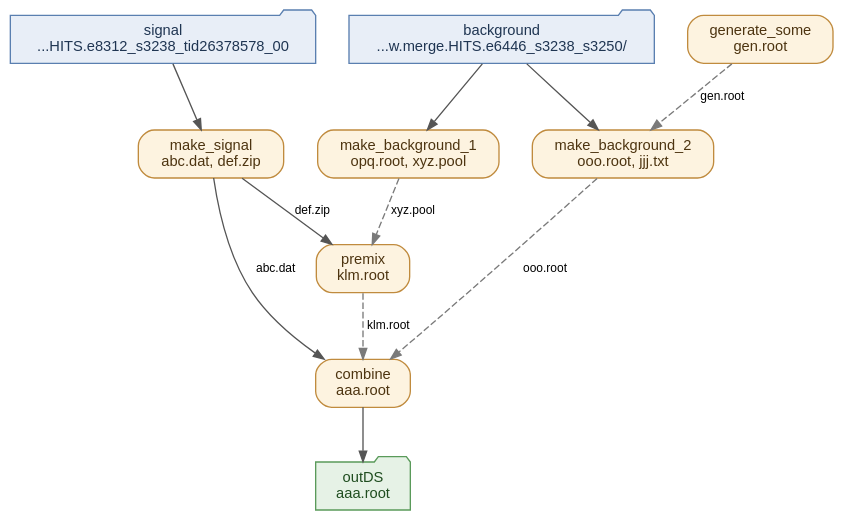
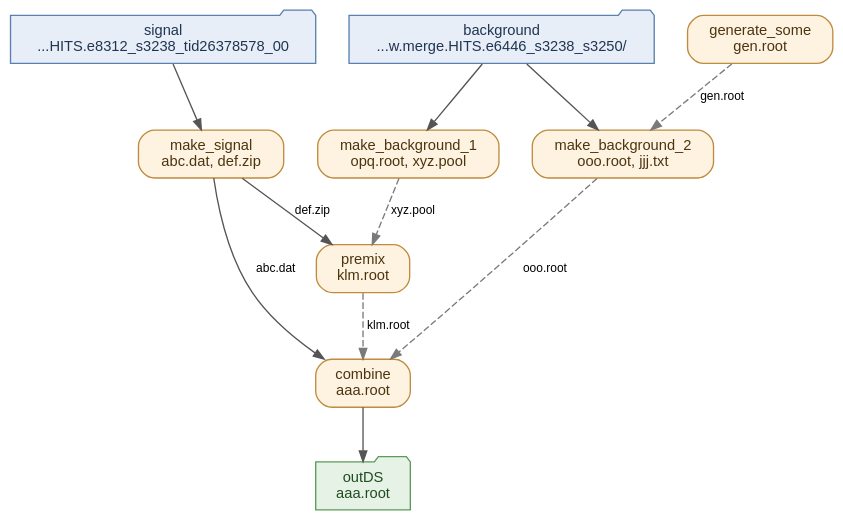
One commit to PanDAWMS/panda-docs changed the diagram in docs/source/client/native_workflow/dag/pchain_native_dag_signal_background_combine_wfd.dot. Above: the diagram before and after it, drawn with Graphviz. The commit also changed 10 other files, not shown here.

```diff
--- a/docs/source/client/native_workflow/dag/pchain_native_dag_signal_background_combine_wfd.dot
+++ b/docs/source/client/native_workflow/dag/pchain_native_dag_signal_background_combine_wfd.dot
@@ -1,27 +1,27 @@
 digraph "signal_background_combine" {
   compound=true;
   rankdir=TB;
-  graph [fontname="Helvetica", bgcolor="transparent", nodesep=0.35, ranksep=0.55];
+  graph [fontname="Helvetica", bgcolor="transparent", nodesep=0.35, ranksep=0.55, pad="0.12,0.18"];
   node [fontname="Helvetica", fontsize=11, margin="0.16,0.09"];
   edge [fontname="Helvetica", fontsize=9, color="#555555", arrowsize=0.8];
 
   "in_signal" [label="signal\n...HITS.e8312_s3238_tid26378578_00", shape=folder, style=filled, fillcolor="#e8eef7", color="#5a7fb0", fontcolor="#1f3552"];
   "in_background" [label="background\n...w.merge.HITS.e6446_s3238_s3250/", shape=folder, style=filled, fillcolor="#e8eef7", color="#5a7fb0", fontcolor="#1f3552"];
   "make_signal" [label="make_signal\nabc.dat, def.zip", shape=box, style="rounded,filled", fillcolor="#fdf3e0", color="#c08b3e", fontcolor="#4d3410"];
   "make_background_1" [label="make_background_1\nopq.root, xyz.pool", shape=box, style="rounded,filled", fillcolor="#fdf3e0", color="#c08b3e", fontcolor="#4d3410"];
   "generate_some" [label="generate_some\ngen.root", shape=box, style="rounded,filled", fillcolor="#fdf3e0", color="#c08b3e", fontcolor="#4d3410"];
   "premix" [label="premix\nklm.root", shape=box, style="rounded,filled", fillcolor="#fdf3e0", color="#c08b3e", fontcolor="#4d3410"];
   "make_background_2" [label="make_background_2\nooo.root, jjj.txt", shape=box, style="rounded,filled", fillcolor="#fdf3e0", color="#c08b3e", fontcolor="#4d3410"];
   "combine" [label="combine\naaa.root", shape=box, style="rounded,filled", fillcolor="#fdf3e0", color="#c08b3e", fontcolor="#4d3410"];
   "in_signal" -> "make_signal";
   "in_background" -> "make_background_1";
   "make_signal" -> "premix" [label="def.zip"];
   "make_background_1" -> "premix" [label="xyz.pool", style=dashed, color="#7a7a7a"];
   "in_background" -> "make_background_2";
   "generate_some" -> "make_background_2" [label="gen.root", style=dashed, color="#7a7a7a"];
   "make_signal" -> "combine" [label="abc.dat"];
   "premix" -> "combine" [label="klm.root", style=dashed, color="#7a7a7a"];
   "make_background_2" -> "combine" [label="ooo.root", style=dashed, color="#7a7a7a"];
   "out_outDS" [label="outDS\naaa.root", shape=folder, style=filled, fillcolor="#e6f2e6", color="#5a9a5a", fontcolor="#1f4d1f"];
   "combine" -> "out_outDS";
 }
```
